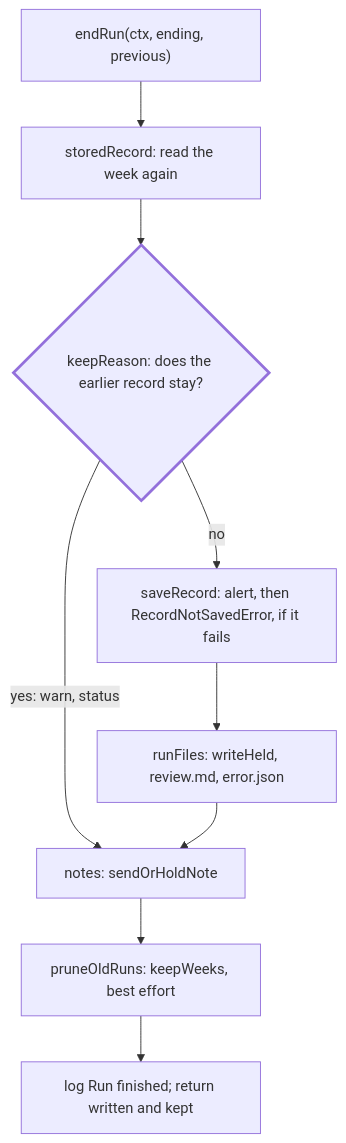
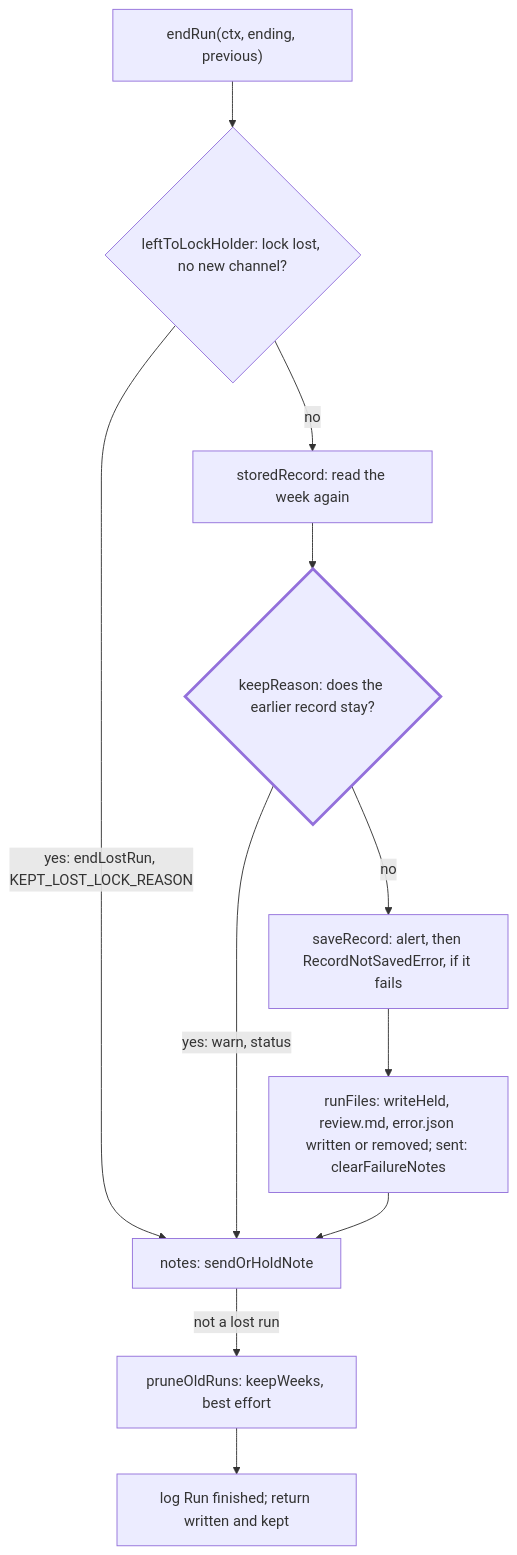
Before and after one commit to odere-pro/weekly-engineering-digest-agent: the diagram in src/digest/ending/CLAUDE.md, drawn with Mermaid. The commit also changed other lines of this file and 78 other files, not shown here.

First line of the commit message:
fix(reliability): stop on a lost lock, keep delivery progress

````diff
--- a/src/digest/ending/CLAUDE.md
+++ b/src/digest/ending/CLAUDE.md
@@ -9,12 +9,14 @@
 ```mermaid
 flowchart TD
-  start["endRun(ctx, ending, previous)"] --> stored["storedRecord: read the week again"]
+  start["endRun(ctx, ending, previous)"] --> lost{"leftToLockHolder: lock lost, no new channel?"}
+  lost -->|"yes: endLostRun, KEPT_LOST_LOCK_REASON"| notes
+  lost -->|no| stored["storedRecord: read the week again"]
   stored --> keep{"keepReason: does the earlier record stay?"}:::focus
   keep -->|"yes: warn, status"| notes
   keep -->|no| save["saveRecord: alert, then RecordNotSavedError, if it fails"]
-  save --> held["runFiles: writeHeld, review.md, error.json"]
+  save --> held["runFiles: writeHeld, review.md, error.json written or removed; sent: clearFailureNotes"]
   held --> notes["notes: sendOrHoldNote"]
-  notes --> prune["pruneOldRuns: keepWeeks, best effort"]
+  notes -->|"not a lost run"| prune["pruneOldRuns: keepWeeks, best effort"]
   prune --> done["log Run finished; return written and kept"]
   classDef focus stroke-width:3px
 ```
````
